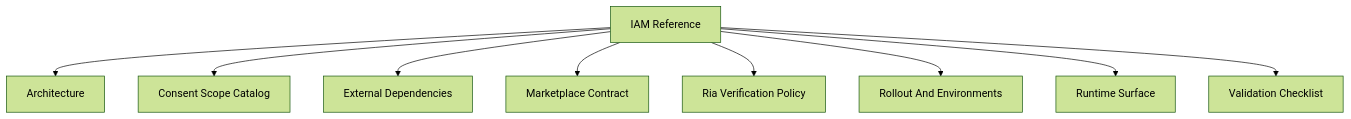
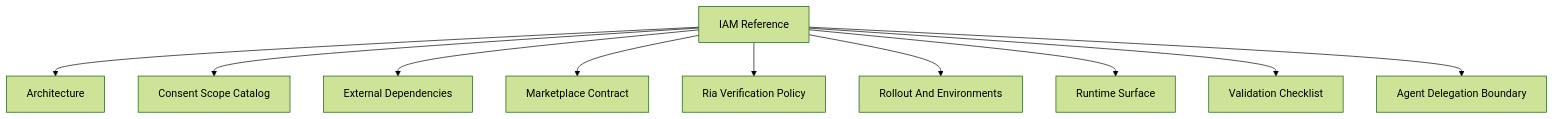
One commit to hushh-labs/hushh-research changed the diagram in docs/reference/iam/README.md. Above: the diagram before and after it, drawn with Mermaid (forest theme). The commit also changed other lines of this file and 113 other files, not shown here.

````diff
--- a/docs/reference/iam/README.md
+++ b/docs/reference/iam/README.md
@@ -6,20 +6,22 @@
 ```mermaid
 flowchart TD
   root["IAM Reference"]
   n1["Architecture"]
   root --> n1
   n2["Consent Scope Catalog"]
   root --> n2
   n3["External Dependencies"]
   root --> n3
   n4["Marketplace Contract"]
   root --> n4
   n5["Ria Verification Policy"]
   root --> n5
   n6["Rollout And Environments"]
   root --> n6
   n7["Runtime Surface"]
   root --> n7
   n8["Validation Checklist"]
   root --> n8
+  n9["Agent Delegation Boundary"]
+  root --> n9
 ```
````
